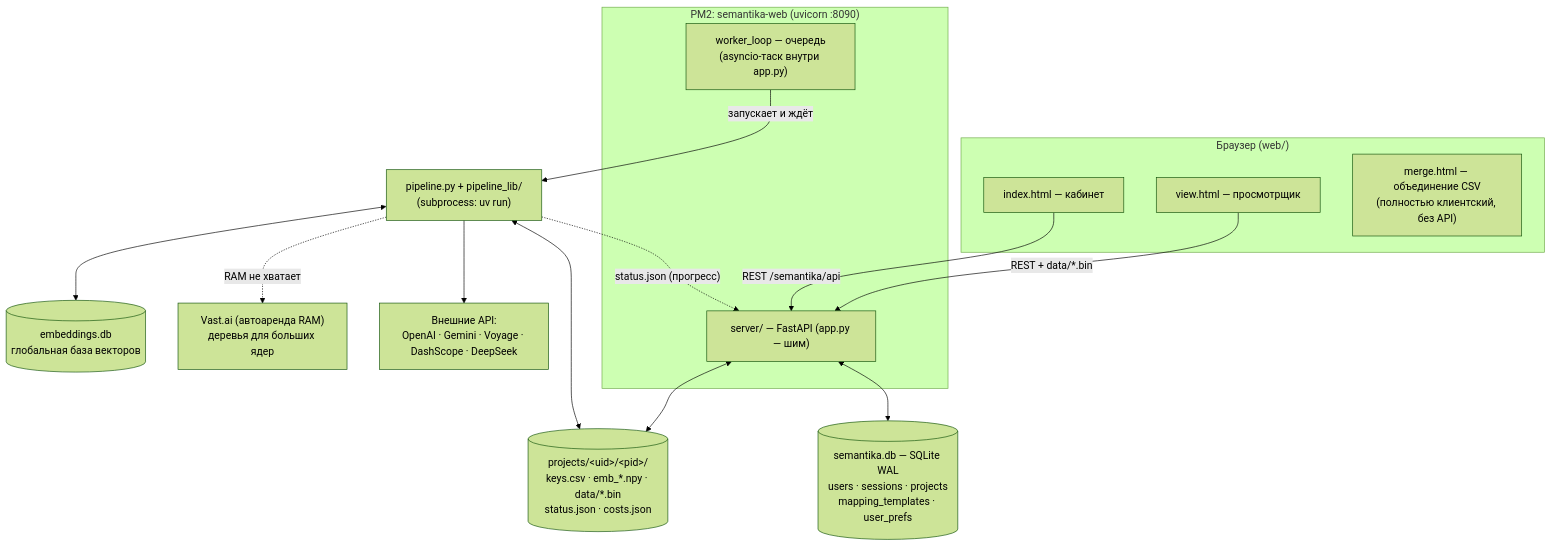
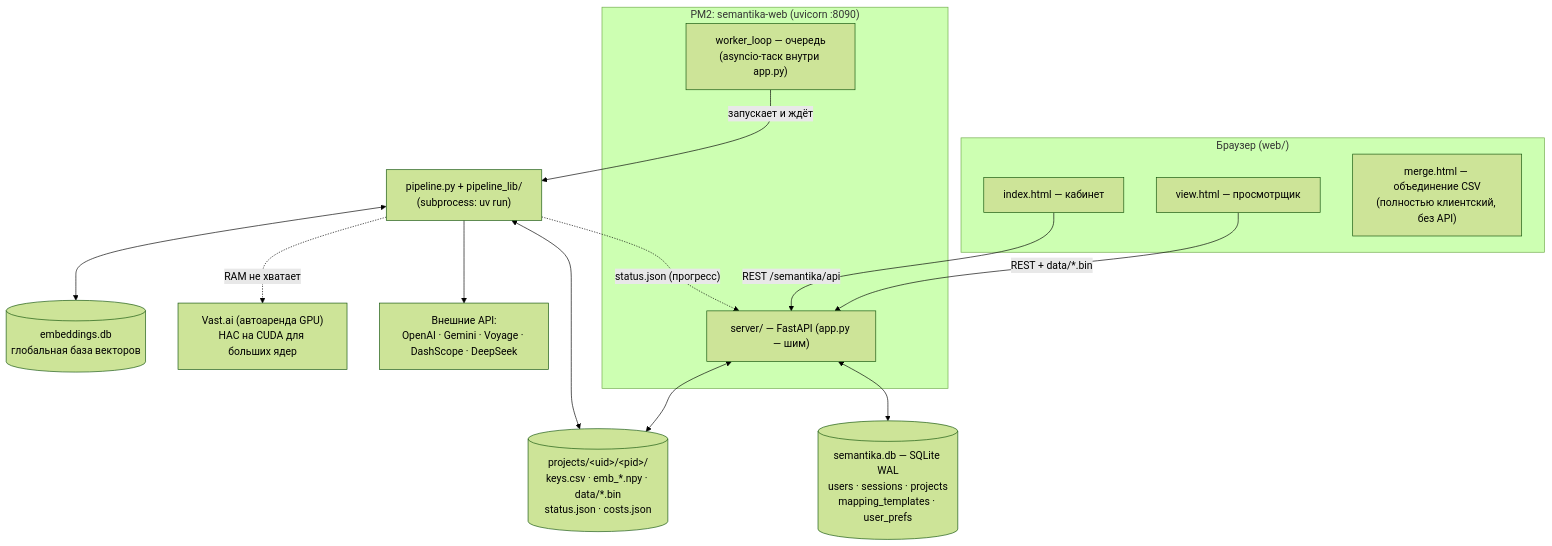
One commit to VKirill/smyslotron changed the diagram in docs/architecture.md. Above: the diagram before and after it, drawn with Mermaid (forest theme). The commit also changed other lines of this file and 7 other files, not shown here.

````diff
--- a/docs/architecture.md
+++ b/docs/architecture.md
@@ -5,29 +5,29 @@
 ```mermaid
 flowchart TB
     subgraph Browser["Браузер (web/)"]
         IDX["index.html — кабинет"]
         VIEW["view.html — просмотрщик"]
         MRG["merge.html — объединение CSV<br>(полностью клиентский, без API)"]
     end
     subgraph Server["PM2: semantika-web (uvicorn :8090)"]
         APP["server/ — FastAPI (app.py — шим)"]
         WK["worker_loop — очередь<br>(asyncio-таск внутри app.py)"]
     end
     PIPE["pipeline.py + pipeline_lib/<br>(subprocess: uv run)"]
     DB[("semantika.db — SQLite WAL<br>users · sessions · projects<br>mapping_templates · user_prefs")]
     FS[("projects/&lt;uid&gt;/&lt;pid&gt;/<br>keys.csv · emb_*.npy · data/*.bin<br>status.json · costs.json")]
     EXT["Внешние API:<br>OpenAI · Gemini · Voyage · DashScope · DeepSeek"]
-    VAST["Vast.ai (автоаренда RAM)<br>деревья для больших ядер"]
+    VAST["Vast.ai (автоаренда GPU)<br>HAC на CUDA для больших ядер"]
     EMB[("embeddings.db<br>глобальная база векторов")]
 
     IDX -->|"REST /semantika/api"| APP
     VIEW -->|"REST + data/*.bin"| APP
     APP <--> DB
     APP <--> FS
     WK -->|"запускает и ждёт"| PIPE
     PIPE <--> FS
     PIPE --> EXT
     PIPE -.->|"RAM не хватает"| VAST
     PIPE <--> EMB
     PIPE -.->|"status.json (прогресс)"| APP
 ```
````
